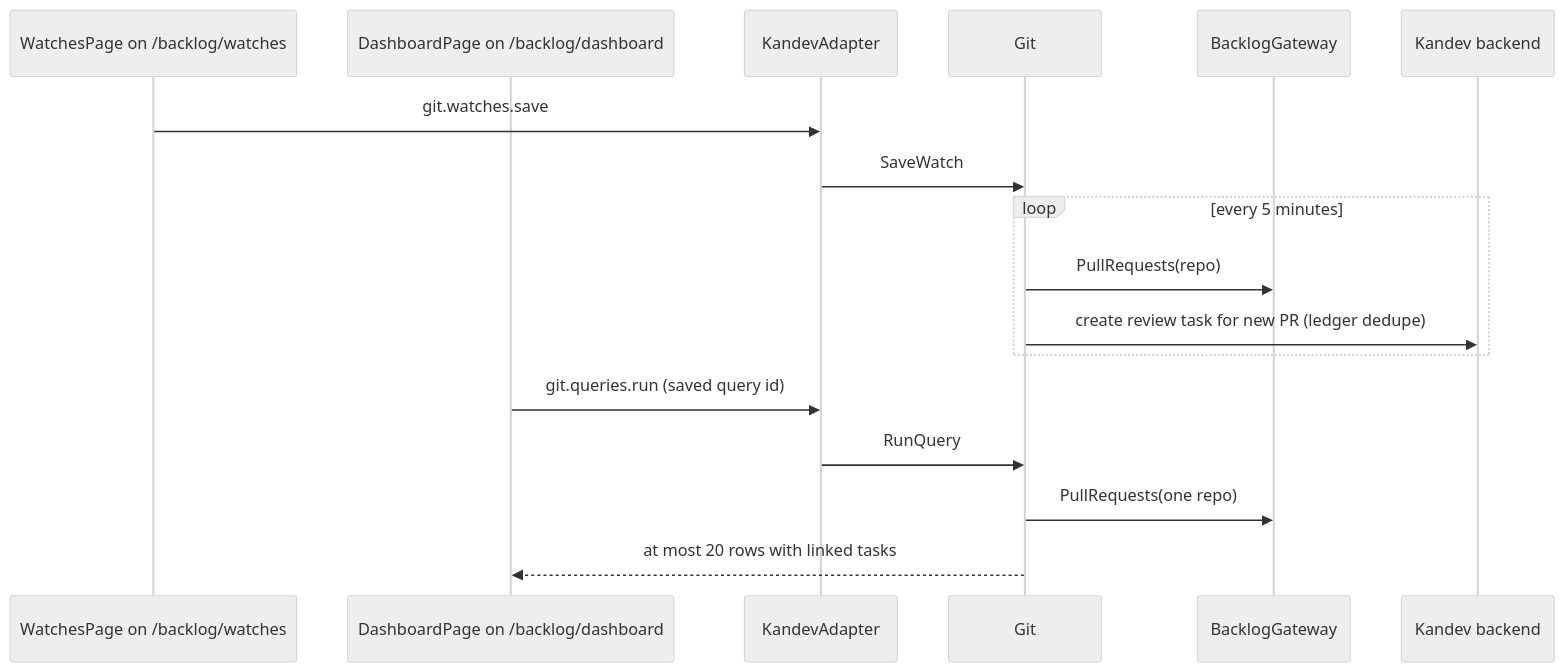
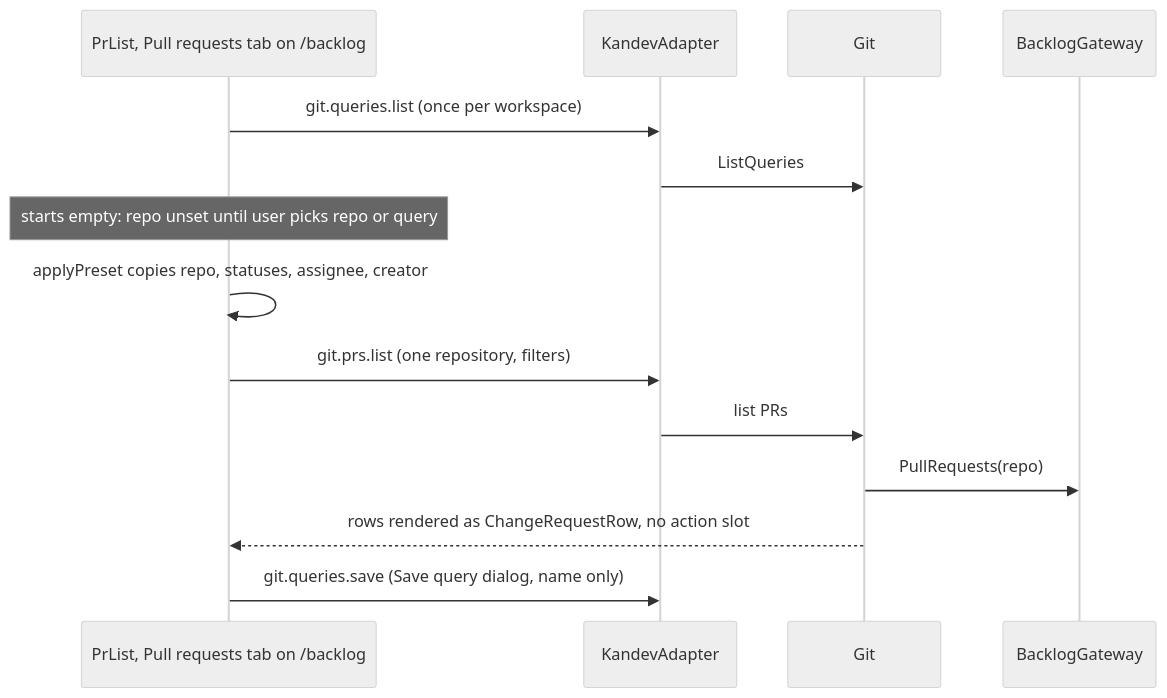
Before and after one commit to khuongdo/kandev-plugin-nulab-backlog: the fourth of 4 diagrams in aidlc/spaces/default/codekb/kandev-plugin-nulab-backlog/architecture.md, drawn with Mermaid (neutral theme). The commit also changed other lines of this file and 76 other files, not shown here.

First line of the commit message:
Quick actions, default queries and GitHub-style layout, version 0.2.0 (#6)

````diff
--- a/aidlc/spaces/default/codekb/kandev-plugin-nulab-backlog/architecture.md
+++ b/aidlc/spaces/default/codekb/kandev-plugin-nulab-backlog/architecture.md
@@ -134,19 +141,16 @@
 ```mermaid
 sequenceDiagram
-  participant W as WatchesPage on /backlog/watches
-  participant D as DashboardPage on /backlog/dashboard
+  participant L as PrList, Pull requests tab on /backlog
   participant A as KandevAdapter
   participant Gt as Git
   participant G as BacklogGateway
-  participant K as Kandev backend
-  W->>A: git.watches.save
-  A->>Gt: SaveWatch
-  loop every 5 minutes
-    Gt->>G: PullRequests(repo)
-    Gt->>K: create review task for new PR (ledger dedupe)
-  end
-  D->>A: git.queries.run (saved query id)
-  A->>Gt: RunQuery
-  Gt->>G: PullRequests(one repo)
-  Gt-->>D: at most 20 rows with linked tasks
+  L->>A: git.queries.list (once per workspace)
+  A->>Gt: ListQueries
+  Note over L: starts empty: repo unset until user picks repo or query
+  L->>L: applyPreset copies repo, statuses, assignee, creator
+  L->>A: git.prs.list (one repository, filters)
+  A->>Gt: list PRs
+  Gt->>G: PullRequests(repo)
+  Gt-->>L: rows rendered as ChangeRequestRow, no action slot
+  L->>A: git.queries.save (Save query dialog, name only)
 ```
````
